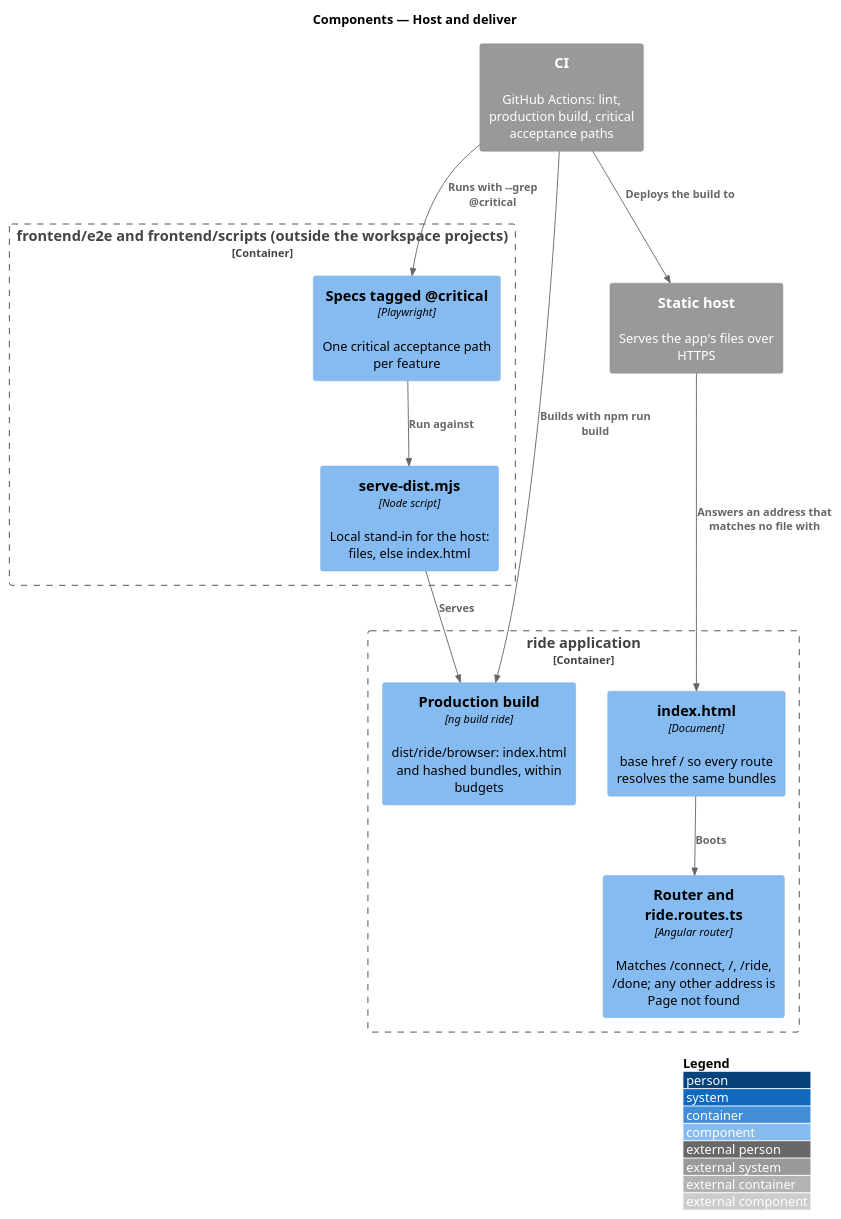
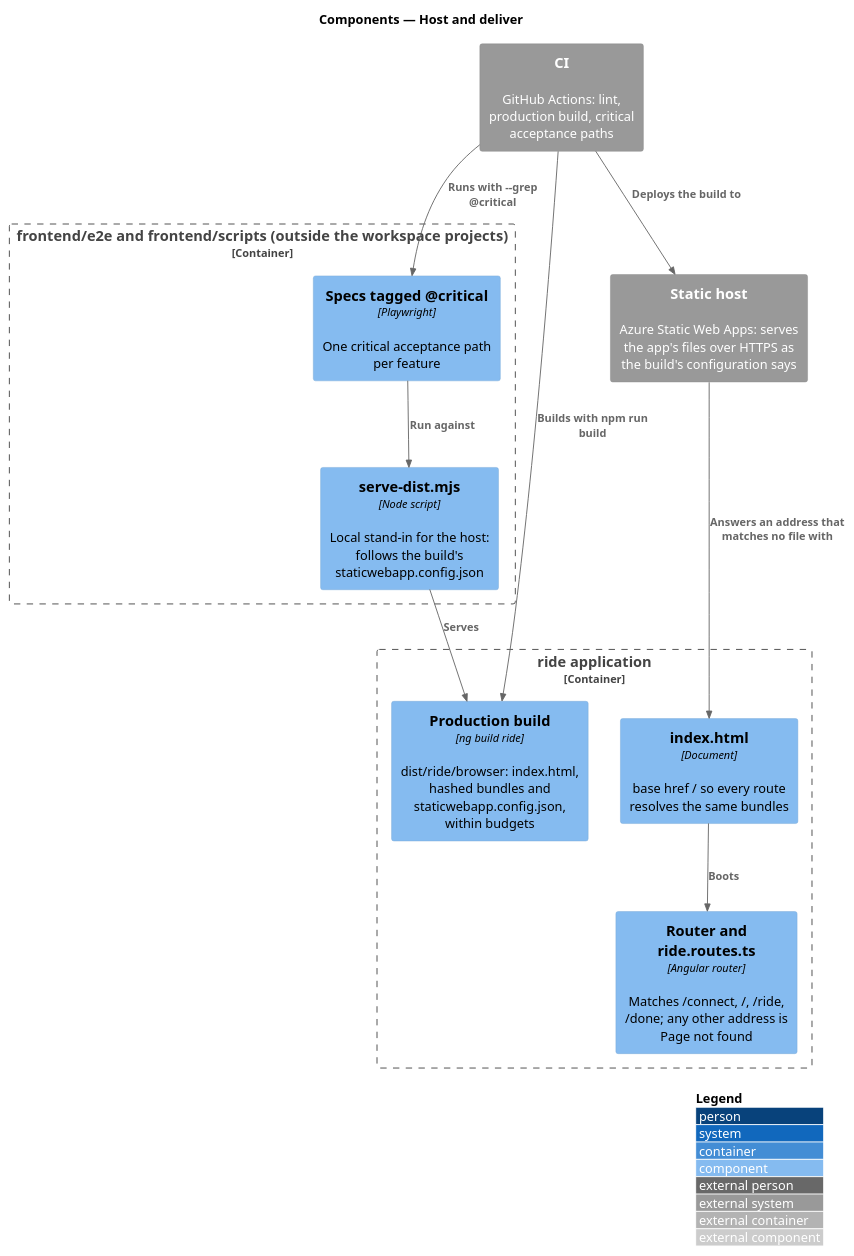
Before and after one commit to QuinntyneBrown/ride-one: the diagram in docs/detailed-designs/platform/host-and-deliver/diagrams/c4-component.puml, drawn with PlantUML. The commit also changed 143 other files, not shown here.

First line of the commit message:
Slice 28.8: host as static files, the backend removed

```diff
--- a/docs/detailed-designs/platform/host-and-deliver/diagrams/c4-component.puml
+++ b/docs/detailed-designs/platform/host-and-deliver/diagrams/c4-component.puml
@@ -1,24 +1,24 @@
 @startuml
 !include <C4/C4_Component>
 LAYOUT_WITH_LEGEND()
 title Components — Host and deliver
 
-System_Ext(host, "Static host", "Serves the app's files over HTTPS")
+System_Ext(host, "Static host", "Azure Static Web Apps: serves the app's files over HTTPS as the build's configuration says")
 System_Ext(ci, "CI", "GitHub Actions: lint, production build, critical acceptance paths")
 Container_Boundary(ride, "ride application") {
-  Component(build, "Production build", "ng build ride", "dist/ride/browser: index.html and hashed bundles, within budgets")
+  Component(build, "Production build", "ng build ride", "dist/ride/browser: index.html, hashed bundles and staticwebapp.config.json, within budgets")
   Component(index, "index.html", "Document", "base href / so every route resolves the same bundles")
   Component(router, "Router and ride.routes.ts", "Angular router", "Matches /connect, /, /ride, /done; any other address is Page not found")
 }
 Container_Boundary(e2e, "frontend/e2e and frontend/scripts (outside the workspace projects)") {
   Component(specs, "Specs tagged @critical", "Playwright", "One critical acceptance path per feature")
-  Component(serve, "serve-dist.mjs", "Node script", "Local stand-in for the host: files, else index.html")
+  Component(serve, "serve-dist.mjs", "Node script", "Local stand-in for the host: follows the build's staticwebapp.config.json")
 }
 Rel(ci, build, "Builds with npm run build")
 Rel(ci, specs, "Runs with --grep @critical")
 Rel(specs, serve, "Run against")
 Rel(serve, build, "Serves")
 Rel(ci, host, "Deploys the build to")
 Rel(host, index, "Answers an address that matches no file with")
 Rel(index, router, "Boots")
 @enduml
```
